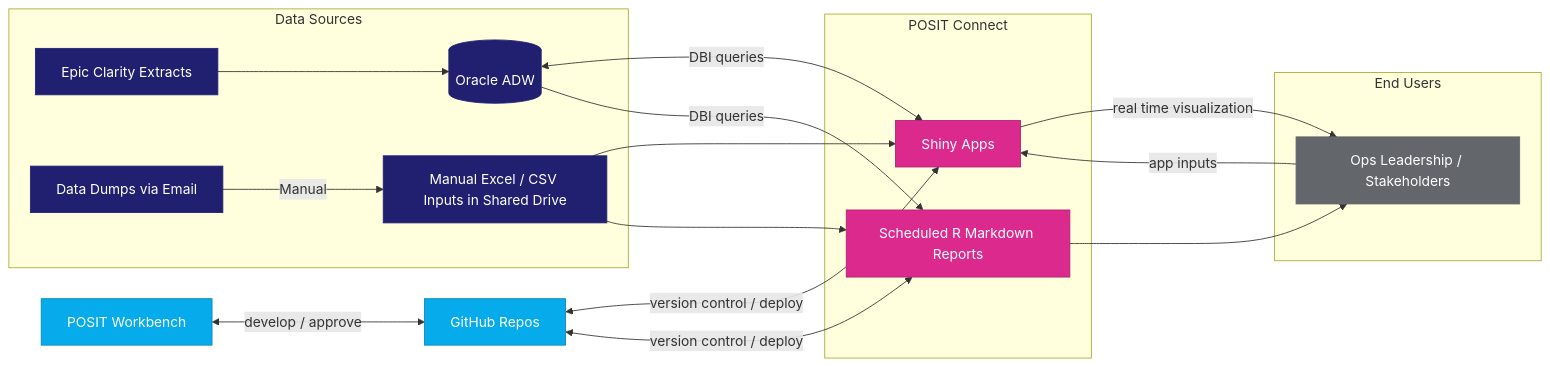
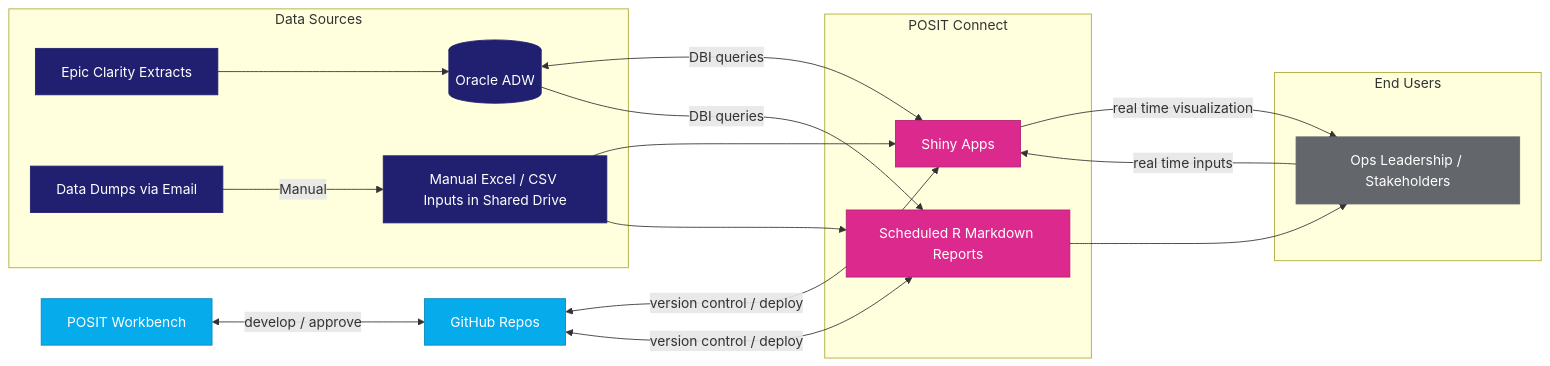
The diagram in Databricks/README.md (MSHS-OAO/Databricks-Tableau-User-Guide), drawn with Mermaid before and after one commit.

Commit message:
Update input description in README.md

````diff
--- a/Databricks/README.md
+++ b/Databricks/README.md
@@ -4,45 +4,45 @@
 ```mermaid
 flowchart LR
     subgraph Sources["Data Sources"]
         EPIC[Epic Clarity Extracts]
         ORA[(Oracle ADW)]
         EMAIL[Data Dumps via Email]
         XLS[Manual Excel / CSV Inputs in Shared Drive]
     end
 
     subgraph Deploy["POSIT Connect"]
         SHINY[Shiny Apps]
         RPT[Scheduled R Markdown Reports]
     end
 
     GH[GitHub Repos]
     RS[POSIT Workbench]
 
     subgraph Users["End Users"]
         USR[Ops Leadership / Stakeholders]
     end
 
     EPIC --> ORA
     ORA <-->|DBI queries| SHINY
     ORA -->|DBI queries| RPT
     EMAIL -->|Manual| XLS
     XLS --> SHINY
     XLS --> RPT
     GH <-->|version control / deploy| SHINY
     GH <-->|version control / deploy| RPT
     SHINY -->|real time visualization| USR
     RPT --> USR
-    USR -->|app inputs| SHINY
+    USR -->|real time inputs| SHINY
     RS <--> |develop / approve|GH
     
 
     classDef navy fill:#212070,stroke:#212070,color:#ffffff
     classDef cyan fill:#06ABEB,stroke:#0689BC,color:#ffffff
     classDef magenta fill:#DC298D,stroke:#B02171,color:#ffffff
     classDef gray fill:#63666A,stroke:#63666A,color:#ffffff
 
     class EPIC,ORA,EMAIL,XLS navy
     class GH,RS cyan
     class SHINY,RPT magenta
     class USR gray
 ```
````
